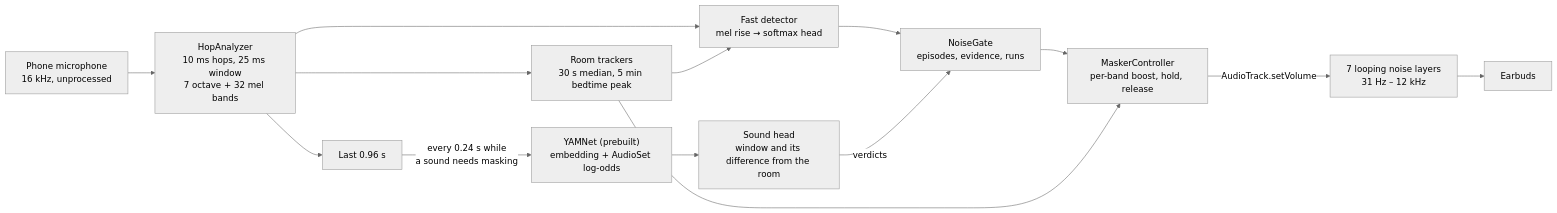
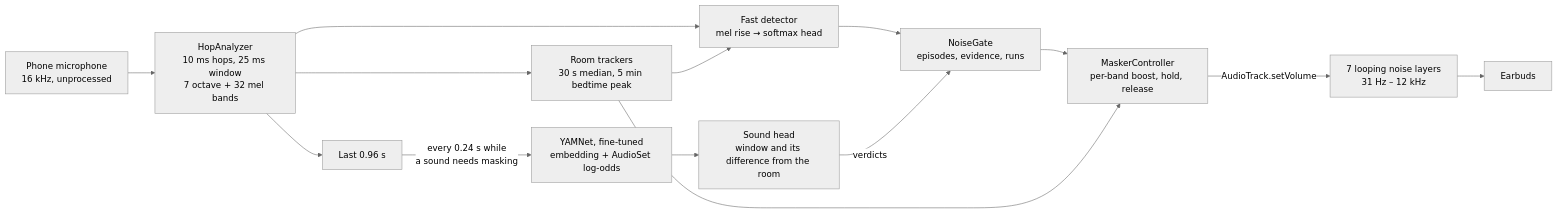
Before and after one commit to shirubasoft/apps: the diagram in quiet-night/docs/architecture.md, drawn with Mermaid (neutral theme). The commit also changed other lines of this file and 23 other files, not shown here.

First line of the commit message:
feat(quiet-night): fine-tune YAMNet's later layers for cats

````diff
--- a/quiet-night/docs/architecture.md
+++ b/quiet-night/docs/architecture.md
@@ -5,16 +5,16 @@
 ```mermaid
 flowchart LR
     mic["Phone microphone<br/>16 kHz, unprocessed"] --> hop["HopAnalyzer<br/>10 ms hops, 25 ms window<br/>7 octave + 32 mel bands"]
     hop --> room["Room trackers<br/>30 s median, 5 min bedtime peak"]
     hop --> fast["Fast detector<br/>mel rise → softmax head"]
     room --> fast
     fast --> gate["NoiseGate<br/>episodes, evidence, runs"]
     hop --> ring["Last 0.96 s"]
-    ring -->|"every 0.24 s while<br/>a sound needs masking"| yamnet["YAMNet (prebuilt)<br/>embedding + AudioSet log-odds"]
+    ring -->|"every 0.24 s while<br/>a sound needs masking"| yamnet["YAMNet, fine-tuned<br/>embedding + AudioSet log-odds"]
     yamnet --> head["Sound head<br/>window and its difference from the room"]
     head -->|"verdicts"| gate
     gate --> masker["MaskerController<br/>per-band boost, hold, release"]
     room --> masker
     masker -->|"AudioTrack.setVolume"| layers["7 looping noise layers<br/>31 Hz – 12 kHz"]
     layers --> ears["Earbuds"]
 ```
````
